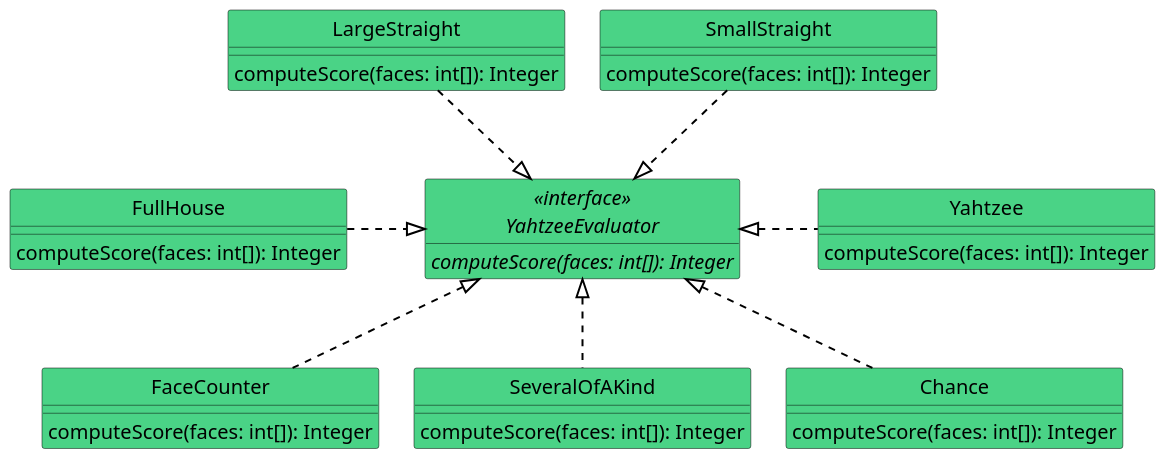
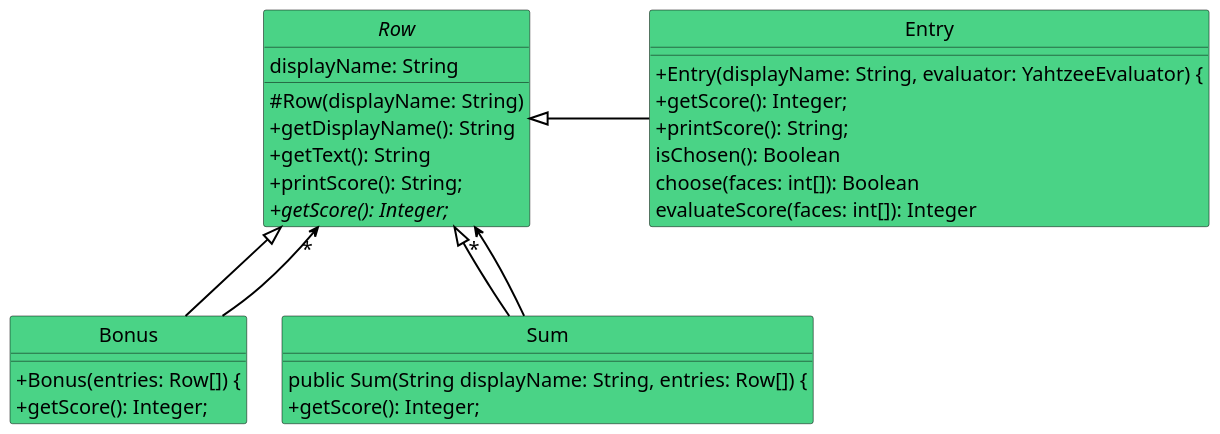
Before and after one commit to uhafner/java2-assignment4: the diagram in src/main/asciidoc/assignment.adoc, drawn with PlantUML. The commit also changed other lines of this file and 6 other files, not shown here.

```diff
--- a/src/main/asciidoc/assignment.adoc
+++ b/src/main/asciidoc/assignment.adoc
@@ -68,68 +126,68 @@
 [plantuml]
 ----
 @startuml
 
 skinparam class {
   BackgroundColor #4AD386
   BorderColor #a0a0a0
   BackgroundColor<<Main>> gold
   BorderColor black
   ArrowColor black
   FontName  Arial Unicode MS
   FontSize 20
 }
 
 skinparam classFontSize 24
 skinparam classAttributeIconSize 0
 skinparam defaultFontSize 20
 
 skinparam ArrowColor black
 skinparam ArrowThickness 2
 
 hide circle
 
 
-interface YahtzeeEvaluator <<interface>>  {
-    {abstract} computeScore(faces: int[]): Integer
+class " Row " as Row
+class " Entry " as Entry
+class " Bonus " as Bonus
+class " Sum " as Sum
+
+abstract class Row {
+    displayName: String
+    #Row(displayName: String)
+    +getDisplayName(): String
+    +getText(): String
+    +printScore(): String;
+    {abstract} +getScore(): Integer;
 }
 
-hide YahtzeeEvaluator fields
-
-class FaceCounter {
-    computeScore(faces: int[]): Integer
+class Entry {
+    +Entry(displayName: String, evaluator: YahtzeeEvaluator) {
+    +getScore(): Integer;
+    +printScore(): String;
+    isChosen(): Boolean
+    choose(faces: int[]): Boolean
+    evaluateScore(faces: int[]): Integer
 }
 
-class SmallStraight {
-    computeScore(faces: int[]): Integer
+class Bonus {
+    +Bonus(entries: Row[]) {
+    +getScore(): Integer;
 }
 
-class LargeStraight {
-    computeScore(faces: int[]): Integer
+class Sum {
+    public Sum(String displayName: String, entries: Row[]) {
+    +getScore(): Integer;
 }
 
-class FullHouse {
-    computeScore(faces: int[]): Integer
-}
 
-class SeveralOfAKind {
-    computeScore(faces: int[]): Integer
-}
+Row <|- Entry : \t\t
+Row <|-- Bonus
+Row <|-- Sum
 
-class Yahtzee {
-    computeScore(faces: int[]): Integer
-}
+Bonus --> "*" Row: \t
 
-class Chance {
-    computeScore(faces: int[]): Integer
-}
-
-YahtzeeEvaluator <|.. FaceCounter : \t
-YahtzeeEvaluator <|.up. SmallStraight : \t
-YahtzeeEvaluator <|.up. LargeStraight : \t
-YahtzeeEvaluator <|.left. FullHouse : \t
-YahtzeeEvaluator <|.. SeveralOfAKind : \t
-YahtzeeEvaluator <|.. Chance : \t
-YahtzeeEvaluator <|. Yahtzee : \t
+Sum -up-> "*" Row: \t
 
 @enduml
 ----
```
